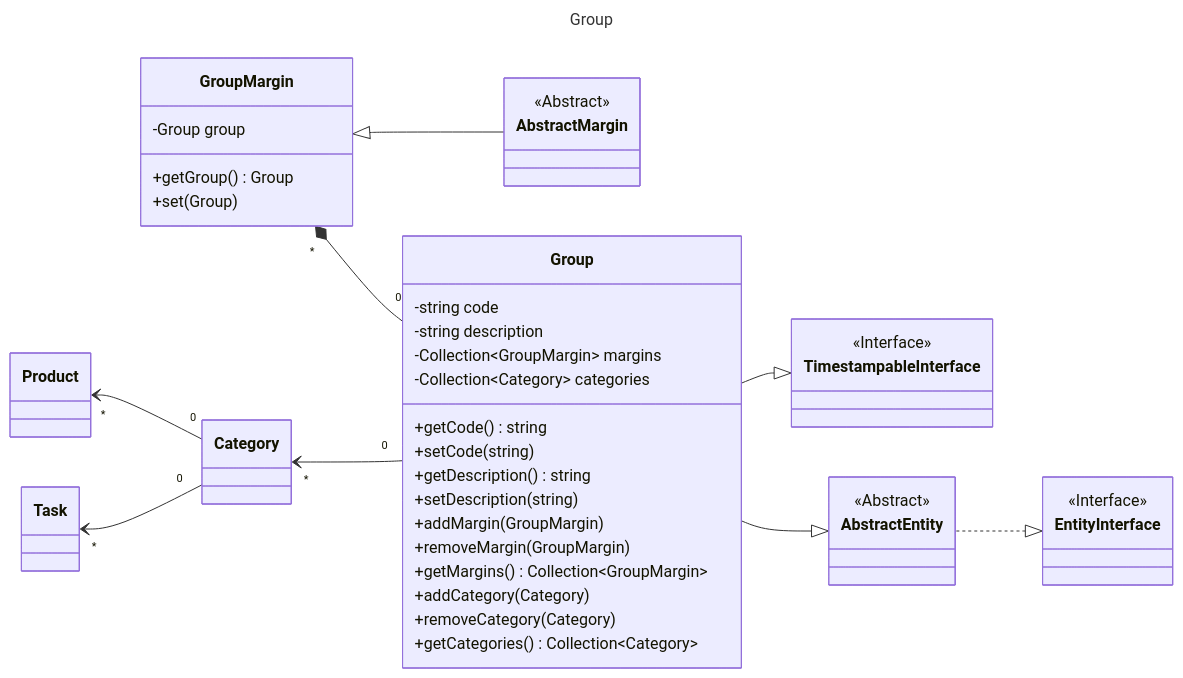
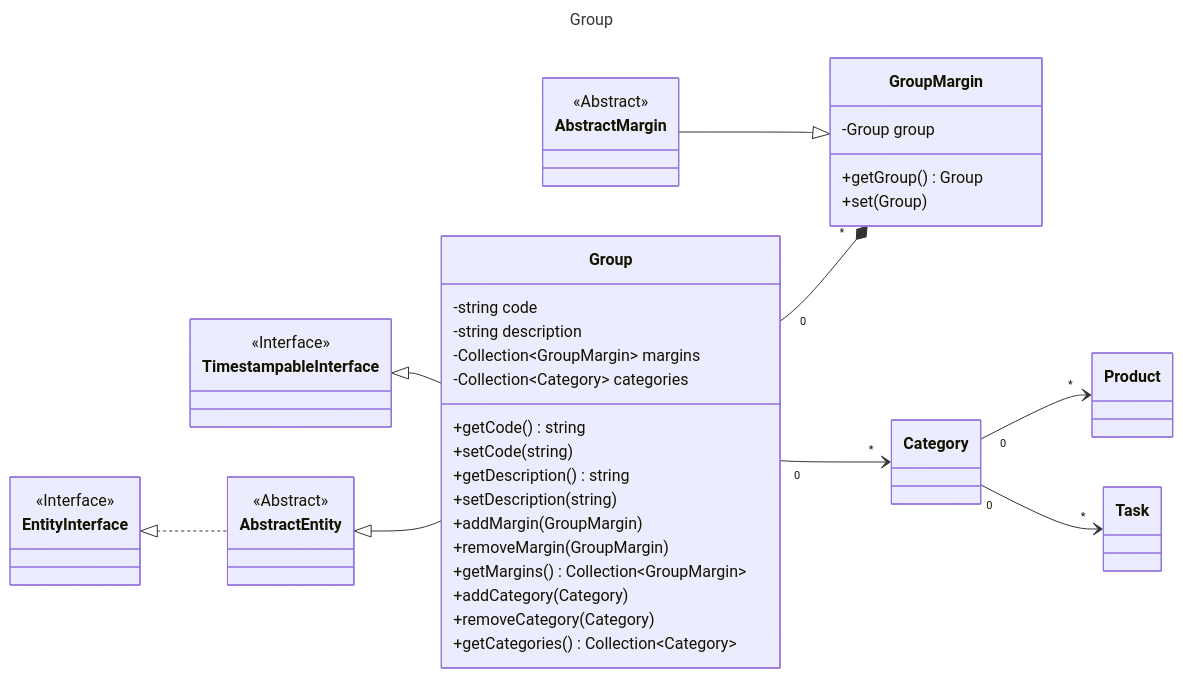
One commit to laurentmuller/calculation changed the diagram in resources/diagrams/group.mmd. Above: the diagram before and after it, drawn with Mermaid. The commit also changed 18 other files, not shown here.

Commit message:
UPdate diagram layout.

```diff
--- a/resources/diagrams/group.mmd
+++ b/resources/diagrams/group.mmd
@@ -1,61 +1,61 @@
 ---
 title: Group
 ---
 
 classDiagram
-    direction RL
+    direction LR
 
     class Group {
         -string code
         -string description
         -Collection~GroupMargin~ margins
         -Collection~Category~ categories
         +getCode() string
         +setCode(string)
         +getDescription() string
         +setDescription(string)
         +addMargin(GroupMargin)
         +removeMargin(GroupMargin)
         +getMargins() Collection~GroupMargin~
         +addCategory(Category)
         +removeCategory(Category)
         +getCategories() Collection~Category~
     }
 
     class GroupMargin {
         -Group group
         +getGroup() Group
         +set(Group)
     }
 
     class AbstractMargin {
         <<Abstract>>
     }
 
     class AbstractEntity {
         <<Abstract>>
     }
     class EntityInterface {
         <<Interface>>
     }
 
     class TimestampableInterface {
         <<Interface>>
     }
 
     EntityInterface <|.. AbstractEntity
     AbstractEntity <|-- Group
     Group "0" --* "*" GroupMargin
     Group "0" --> "*" Category
     AbstractMargin --|> GroupMargin
     Category "0" --> "*" Product
     Category "0" --> "*" Task
     TimestampableInterface <|-- Group
 
     click EntityInterface call nodeCallback()
     click AbstractEntity call nodeCallback()
     click AbstractMargin call nodeCallback()
     click Category call nodeCallback()
     click Product call nodeCallback()
     click Task call nodeCallback()
     click TimestampableInterface call nodeCallback()
```
